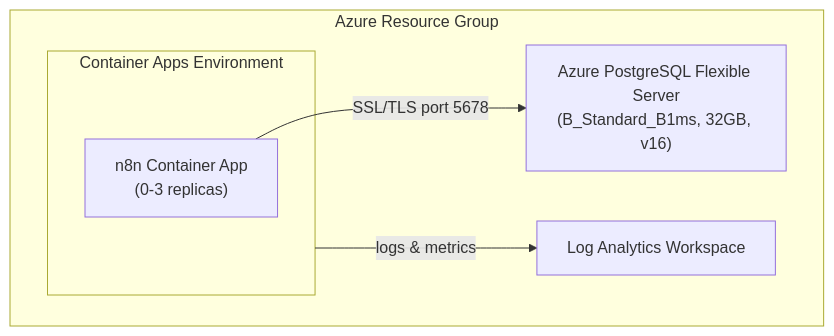
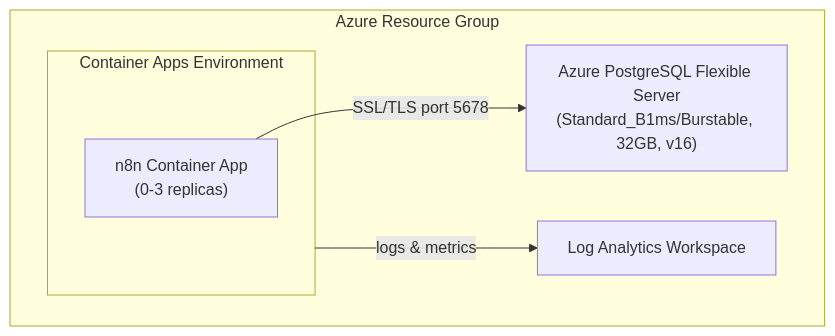
Before and after one commit to DanWahlin/github-azure-agentic-journeys: the diagram in .github/skills/n8n-azure/SKILL.md, drawn with Mermaid. The commit also changed other lines of this file and 47 other files, not shown here.

````diff
--- a/.github/skills/n8n-azure/SKILL.md
+++ b/.github/skills/n8n-azure/SKILL.md
@@ -66,13 +89,13 @@
 ```mermaid
 graph TB
     subgraph RG["Azure Resource Group"]
         subgraph CAE["Container Apps Environment"]
             N8N["n8n Container App<br/>(0-3 replicas)"]
         end
         LA["Log Analytics Workspace"]
-        PG["Azure PostgreSQL Flexible Server<br/>(B_Standard_B1ms, 32GB, v16)"]
+        PG["Azure PostgreSQL Flexible Server<br/>(Standard_B1ms/Burstable, 32GB, v16)"]
     end
 
     CAE -->|logs & metrics| LA
     N8N -->|SSL/TLS port 5678| PG
 ```
````
